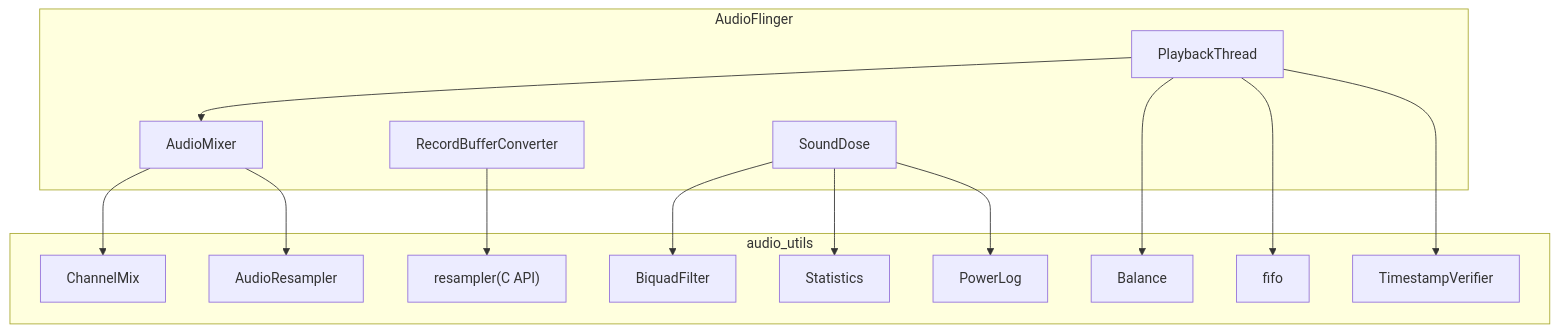
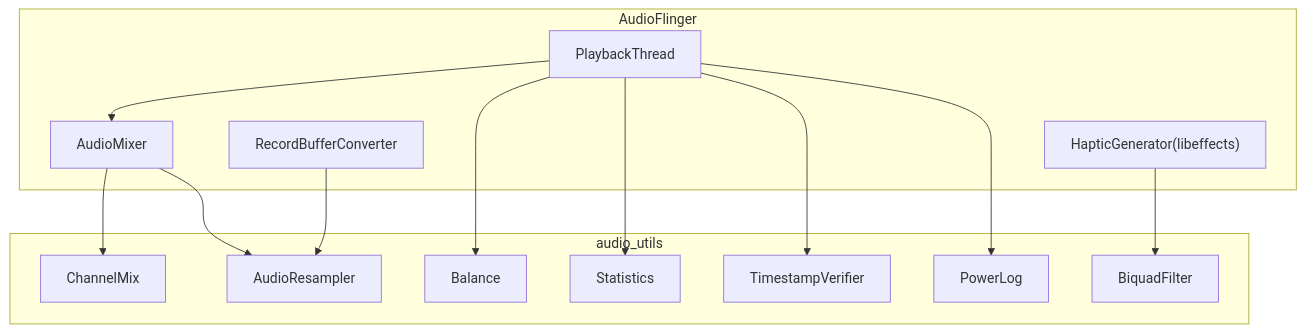
Before and after one commit to yanglinzhen1022/SA8295_AAOS_QNX_Audio_KnowledgeBase: the sixth of 7 diagrams in 04_Native_Framework_Layer/04_4.6_audio_utils核心工具类.md, drawn with Mermaid. The commit also changed other lines of this file and 5 other files, not shown here.

````diff
--- a/04_Native_Framework_Layer/04_4.6_audio_utils核心工具类.md
+++ b/04_Native_Framework_Layer/04_4.6_audio_utils核心工具类.md
@@ -539,32 +485,29 @@
 ```mermaid
 graph TD
     subgraph AudioFlinger
         PT["PlaybackThread"]
         Mixer["AudioMixer"]
         RBC["RecordBufferConverter"]
-        SD["SoundDose"]
+        HG["HapticGenerator(libeffects)"]
     end
 
     subgraph audio_utils
         CM["ChannelMix"]
         AR["AudioResampler"]
-        Resampler["resampler(C API)"]
-        FIFO["fifo"]
-        BF["BiquadFilter"]
         Bal["Balance"]
         Stats["Statistics"]
         TV["TimestampVerifier"]
         PL["PowerLog"]
+        BF["BiquadFilter"]
     end
 
     PT --> Mixer
     PT --> Bal
-    PT --> FIFO
     Mixer --> CM
     Mixer --> AR
-    RBC --> Resampler
-    SD --> BF
-    SD --> Stats
-    SD --> PL
+    RBC --> AR
+    HG --> BF
+    PT --> Stats
     PT --> TV
+    PT --> PL
 ```
````
